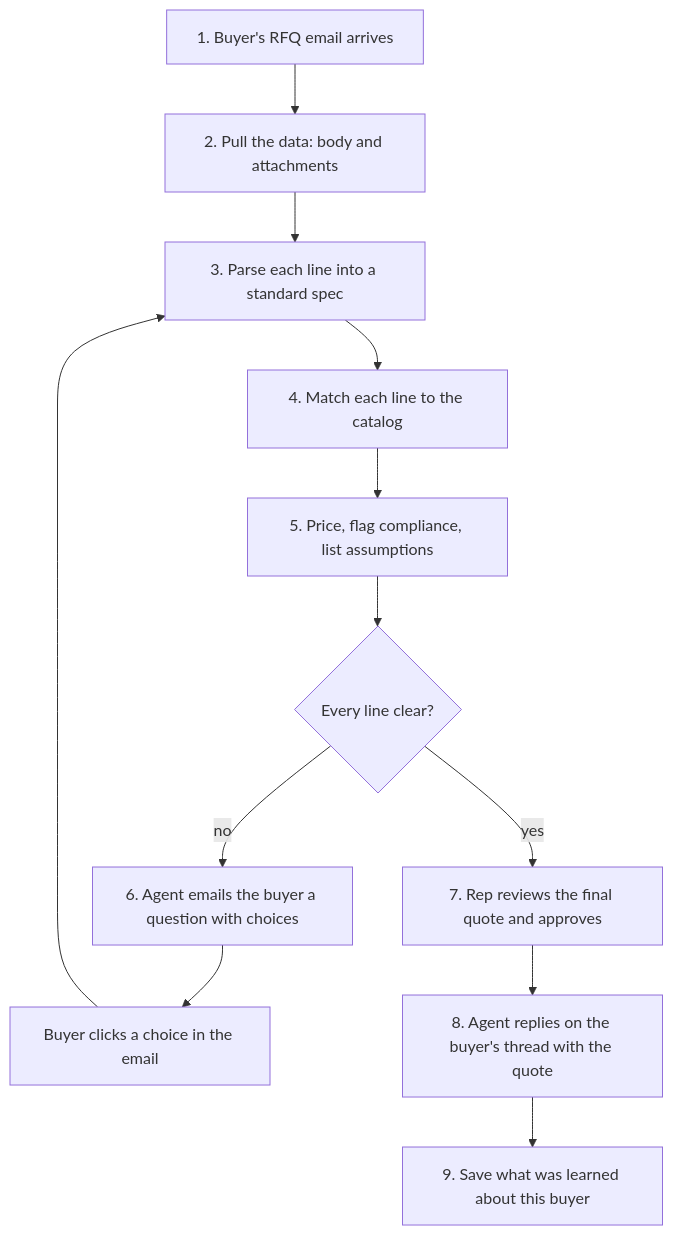
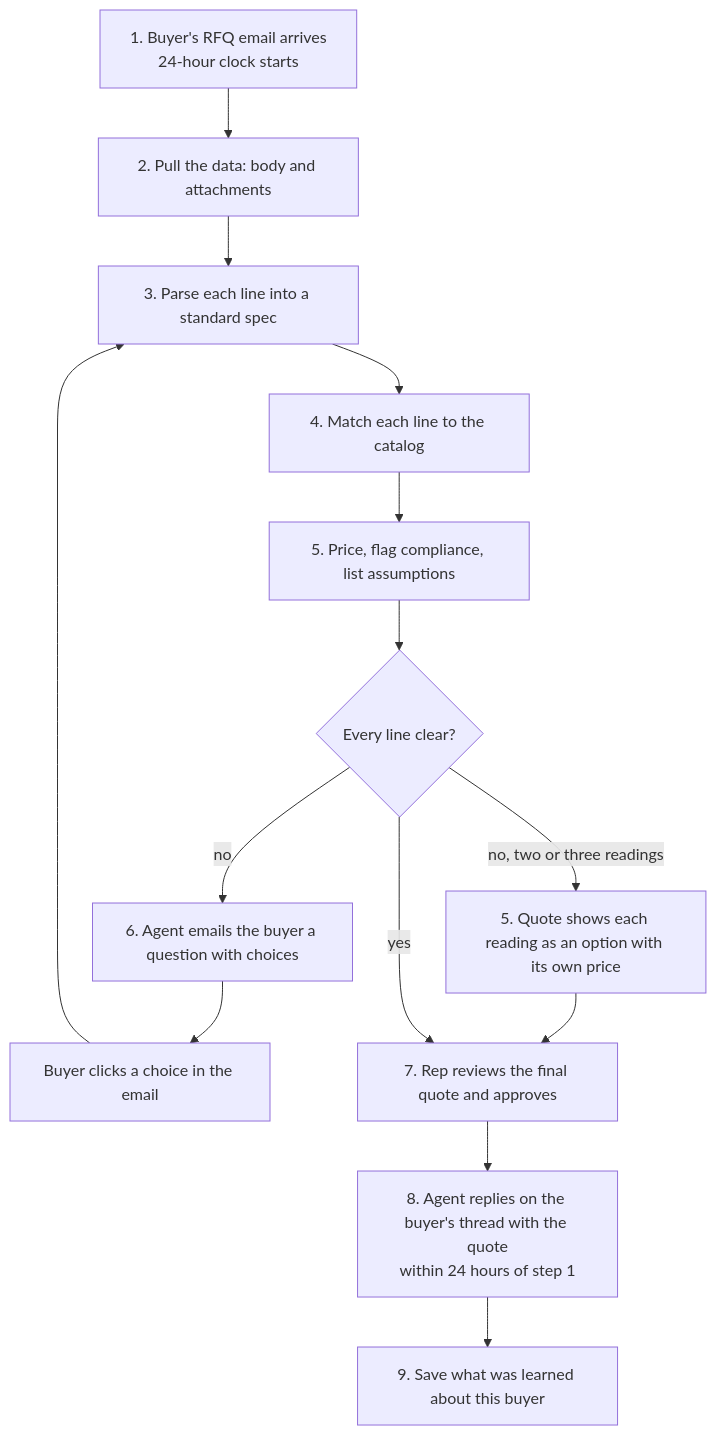
One commit to kenxle/columbia-startup-lab-get-hired-hack changed the diagram in docs/product/WORKFLOW.md. Above: the diagram before and after it, drawn with Mermaid. The commit also changed other lines of this file and 4 other files, not shown here.

Commit message:
Docs: 24-hour quote requirement and alternates on unclear lines (Ken)

````diff
--- a/docs/product/WORKFLOW.md
+++ b/docs/product/WORKFLOW.md
@@ -17,14 +17,16 @@
 ```mermaid
 flowchart TD
-    A["1. Buyer's RFQ email arrives"] --> B["2. Pull the data: body and attachments"]
+    A["1. Buyer's RFQ email arrives<br/>24-hour clock starts"] --> B["2. Pull the data: body and attachments"]
     B --> C["3. Parse each line into a standard spec"]
     C --> D["4. Match each line to the catalog"]
     D --> E["5. Price, flag compliance, list assumptions"]
     E --> F{"Every line clear?"}
     F -- no --> G["6. Agent emails the buyer a question with choices"]
     G --> H["Buyer clicks a choice in the email"]
     H --> C
+    F -- "no, two or three readings" --> ALT["5. Quote shows each reading as an option with its own price"]
+    ALT --> I
     F -- yes --> I["7. Rep reviews the final quote and approves"]
-    I --> J["8. Agent replies on the buyer's thread with the quote"]
+    I --> J["8. Agent replies on the buyer's thread with the quote<br/>within 24 hours of step 1"]
     J --> K["9. Save what was learned about this buyer"]
 ```
````
